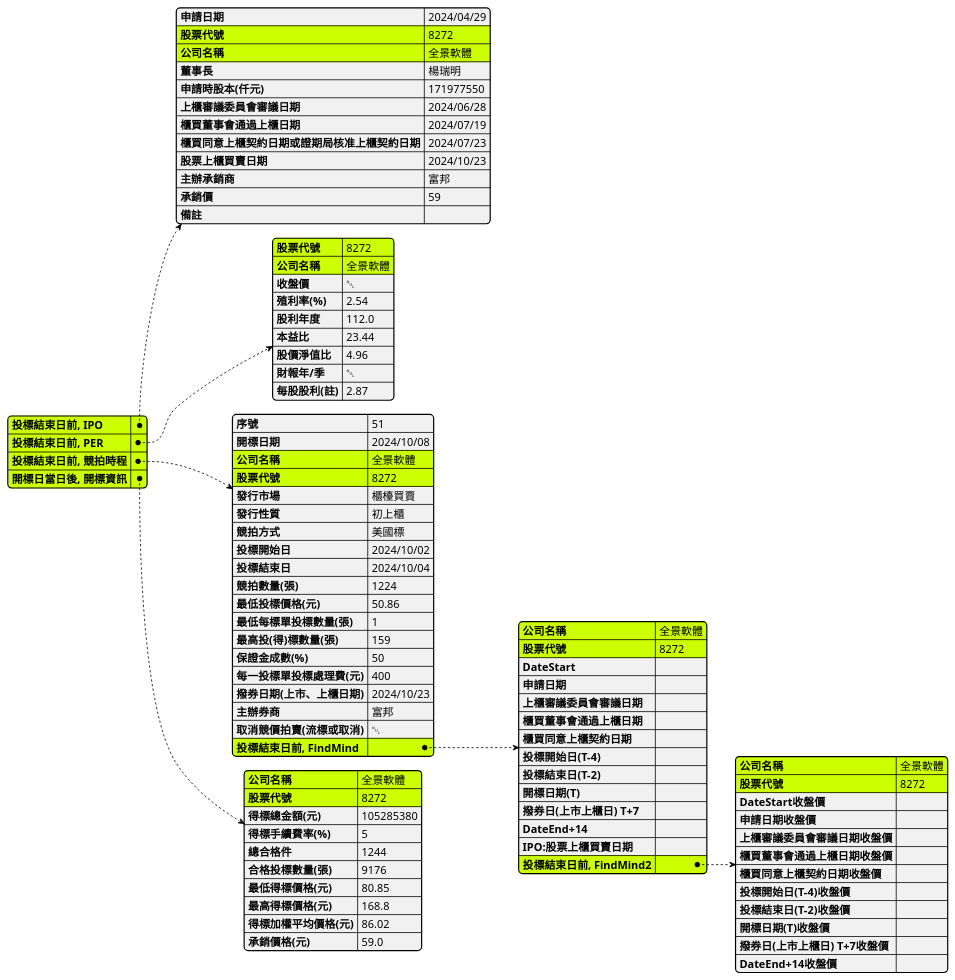
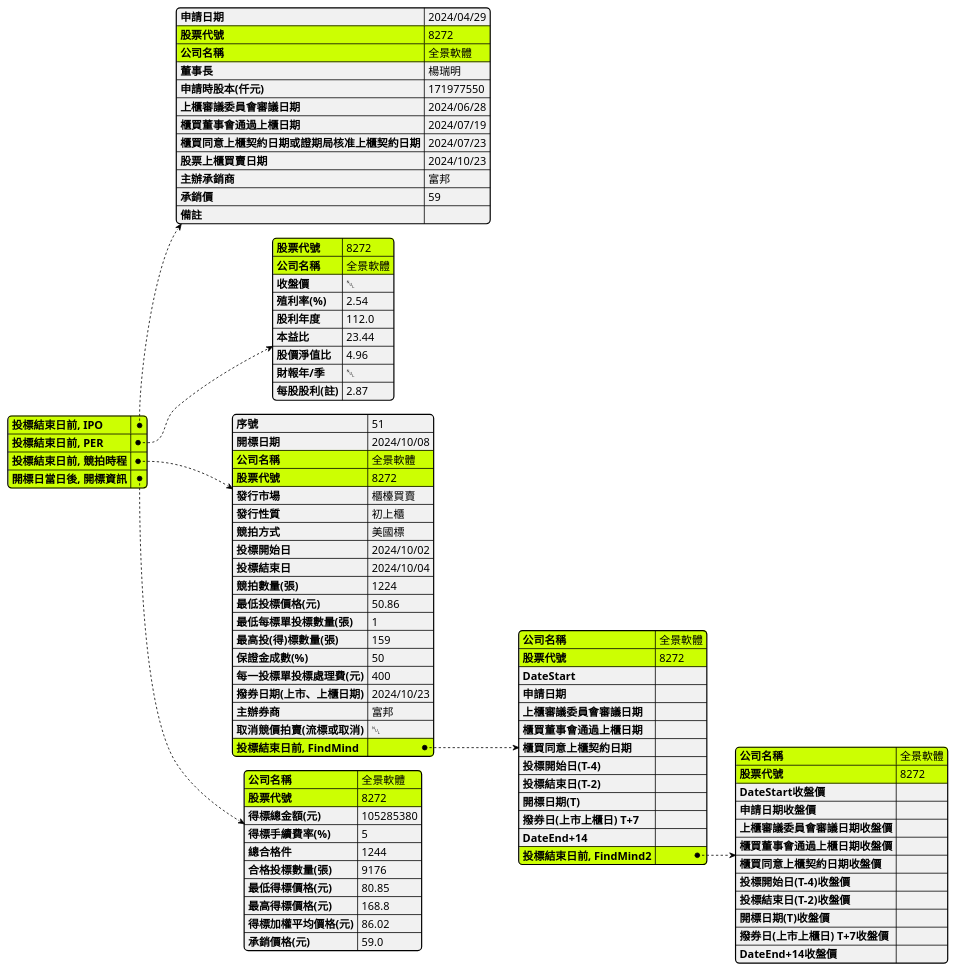
Before and after one commit to wenchiehlee/Selenium-Actions.Auction: the diagram in IPO.plantuml, drawn with PlantUML.

Commit message:
remove  "IPO:股票上櫃買賣日期":""

```diff
--- a/IPO.plantuml
+++ b/IPO.plantuml
@@ -1,129 +1,128 @@
 @startjson
 
 skinparam BoxPadding 10
 skinparam actorStyle awesome
 skinparam LegendBorderThickness 1
 skinparam backgroundColor transparent
 
 #highlight  "投標結束日前, IPO"
 
 #highlight  "投標結束日前, IPO" / "股票代號"
 #highlight  "投標結束日前, IPO" / "公司名稱"
 
 #highlight  "投標結束日前, PER"
 
 #highlight  "投標結束日前, PER" / "股票代號"
 #highlight  "投標結束日前, PER" / "公司名稱"
 
 #highlight  "投標結束日前, 競拍時程"
 
 #highlight  "投標結束日前, 競拍時程" / "股票代號"
 #highlight  "投標結束日前, 競拍時程" / "公司名稱"
 
 #highlight  "投標結束日前, 競拍時程" / "投標結束日前, FindMind"
 
 #highlight  "投標結束日前, 競拍時程" / "投標結束日前, FindMind" / "股票代號"
 #highlight  "投標結束日前, 競拍時程" / "投標結束日前, FindMind" / "公司名稱"
 
 #highlight  "投標結束日前, 競拍時程" / "投標結束日前, FindMind" / "投標結束日前, FindMind2"
 
 #highlight  "投標結束日前, 競拍時程" / "投標結束日前, FindMind" / "投標結束日前, FindMind2" / "股票代號"
 #highlight  "投標結束日前, 競拍時程" / "投標結束日前, FindMind" / "投標結束日前, FindMind2" / "公司名稱"
 
 #highlight  "開標日當日後, 開標資訊"
 
 #highlight  "開標日當日後, 開標資訊" / "股票代號"
 #highlight  "開標日當日後, 開標資訊" / "公司名稱"
 
 
 {
   "投標結束日前, IPO":     {
   "申請日期": "2024/04/29",
   "股票代號": "8272",
   "公司名稱": "全景軟體",
   "董事長": "楊瑞明",
   "申請時股本(仟元)": 171977550,
   "上櫃審議委員會審議日期": "2024/06/28",
   "櫃買董事會通過上櫃日期": "2024/07/19",
   "櫃買同意上櫃契約日期或證期局核准上櫃契約日期": "2024/07/23",
   "股票上櫃買賣日期": "2024/10/23",
   "主辦承銷商": "富邦",
   "承銷價": 59,
   "備註": ""
     },
 
   "投標結束日前, PER":     {
         "股票代號": "8272",
         "公司名稱": "全景軟體",
         "收盤價": null,
         "殖利率(%)": 2.54,
         "股利年度": 112.0,
         "本益比": 23.44,
         "股價淨值比": 4.96,
         "財報年/季": null,
         "每股股利(註)": 2.87
     },
   "投標結束日前, 競拍時程":     {
         "序號": 51,
         "開標日期": "2024/10/08",
         "公司名稱": "全景軟體",
         "股票代號": "8272",
         "發行市場": "櫃檯買賣",
         "發行性質": "初上櫃",
         "競拍方式": "美國標",
         "投標開始日": "2024/10/02",
         "投標結束日": "2024/10/04",
         "競拍數量(張)": 1224,
         "最低投標價格(元)": 50.86,
         "最低每標單投標數量(張)": 1,
         "最高投(得)標數量(張)": 159,
         "保證金成數(%)": 50,
         "每一投標單投標處理費(元)": 400,
         "撥券日期(上市、上櫃日期)": "2024/10/23",
         "主辦券商": "富邦",
         "取消競價拍賣(流標或取消)": null,
 
         "投標結束日前, FindMind": {
         "公司名稱": "全景軟體",
         "股票代號": "8272",
         "DateStart":"",
         "申請日期": "",
         "上櫃審議委員會審議日期":"",
         "櫃買董事會通過上櫃日期":"",
         "櫃買同意上櫃契約日期":"",
         "投標開始日(T-4)":"",
         "投標結束日(T-2)":"",
         "開標日期(T)":"",
         "撥券日(上市上櫃日) T+7":"",
         "DateEnd+14":"",
-        "IPO:股票上櫃買賣日期":"",
         "投標結束日前, FindMind2": {
         "公司名稱": "全景軟體",
         "股票代號": "8272",
         "DateStart收盤價":"",
         "申請日期收盤價": "",
         "上櫃審議委員會審議日期收盤價":"",
         "櫃買董事會通過上櫃日期收盤價":"",
         "櫃買同意上櫃契約日期收盤價":"",
         "投標開始日(T-4)收盤價":"",
         "投標結束日(T-2)收盤價":"",
         "開標日期(T)收盤價":"",
         "撥券日(上市上櫃日) T+7收盤價":"",
         "DateEnd+14收盤價":""
         }
         }
     },
   "開標日當日後, 開標資訊": {
     "公司名稱": "全景軟體",
     "股票代號": "8272",
     "得標總金額(元)": 105285380,
     "得標手續費率(%)": 5,
     "總合格件": 1244,
     "合格投標數量(張)": 9176,
     "最低得標價格(元)": 80.85,
     "最高得標價格(元)": 168.8,
     "得標加權平均價格(元)": 86.02,
     "承銷價格(元)": 59.0
   }
 }
 @endjson
```
